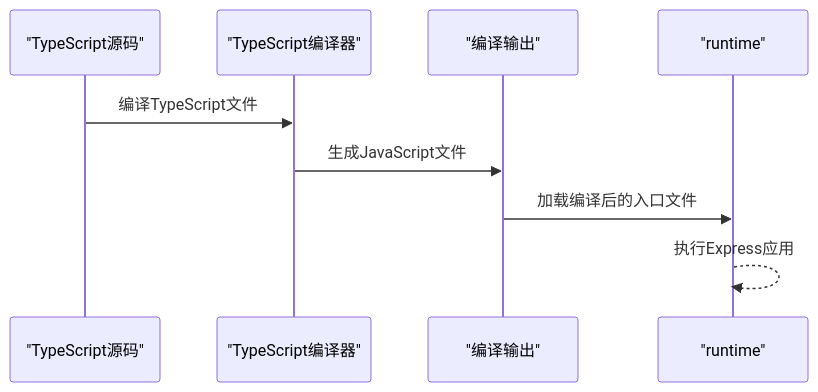
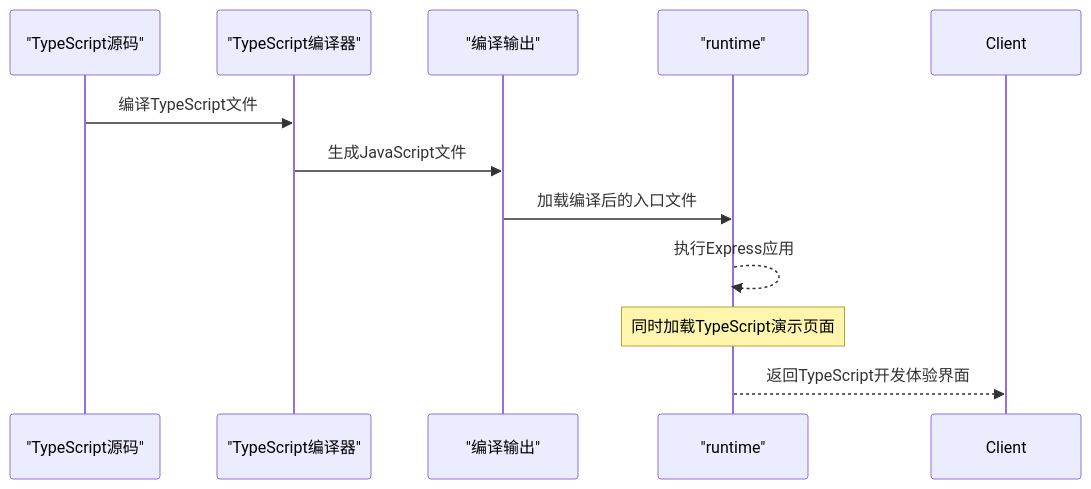
Before and after one commit to esa-sp/test-for-aone-ci: the ninth of 12 diagrams in .qoder/repowiki/zh/content/后端框架测试/Express框架测试.md, drawn with Mermaid. The commit also changed other lines of this file and 39 other files, not shown here.

````diff
--- a/.qoder/repowiki/zh/content/后端框架测试/Express框架测试.md
+++ b/.qoder/repowiki/zh/content/后端框架测试/Express框架测试.md
@@ -436,11 +506,13 @@
 ```mermaid
 sequenceDiagram
 participant TS as "TypeScript源码"
 participant TSC as "TypeScript编译器"
 participant JS as "编译输出"
 participant RT as "runtime"
 TS->>TSC : 编译TypeScript文件
 TSC->>JS : 生成JavaScript文件
 JS->>RT : 加载编译后的入口文件
 RT-->>RT : 执行Express应用
+Note over RT : 同时加载TypeScript演示页面
+RT-->>Client : 返回TypeScript开发体验界面
 ```
````
